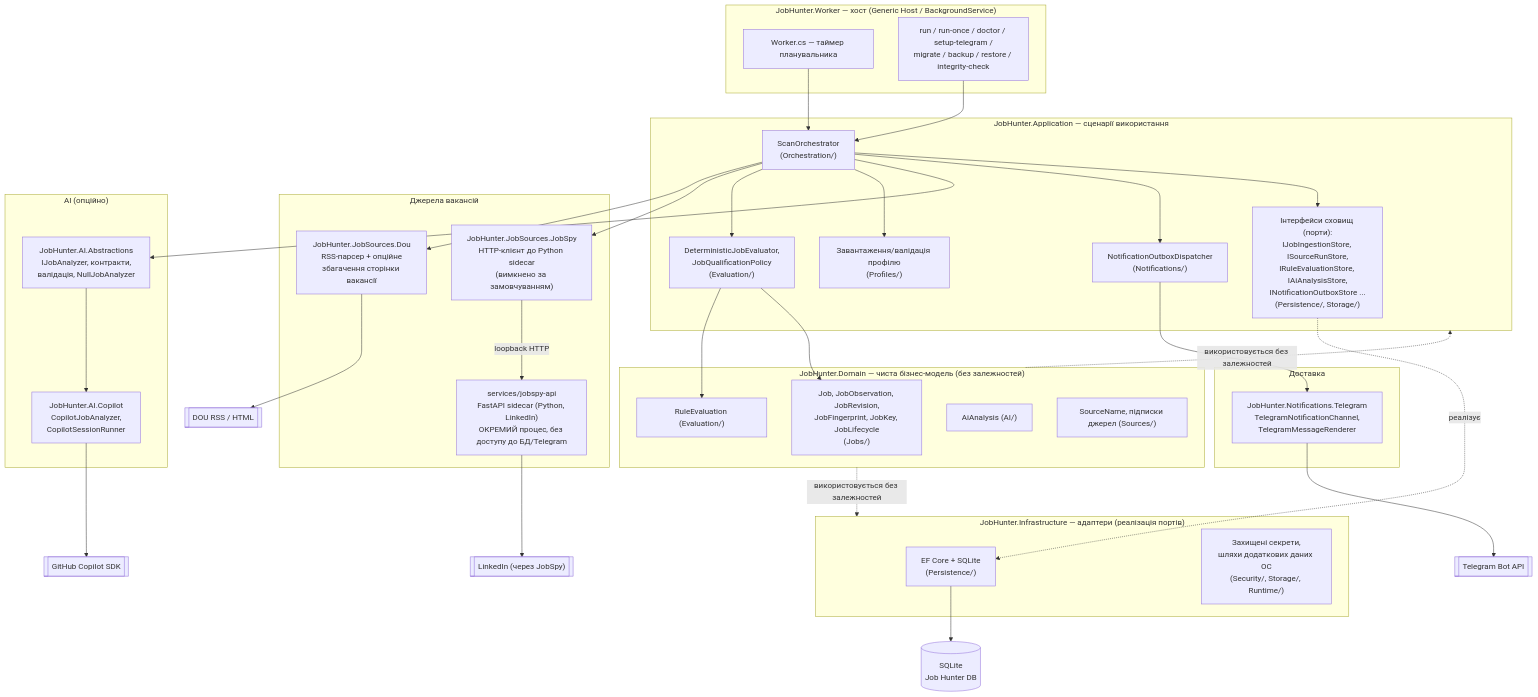
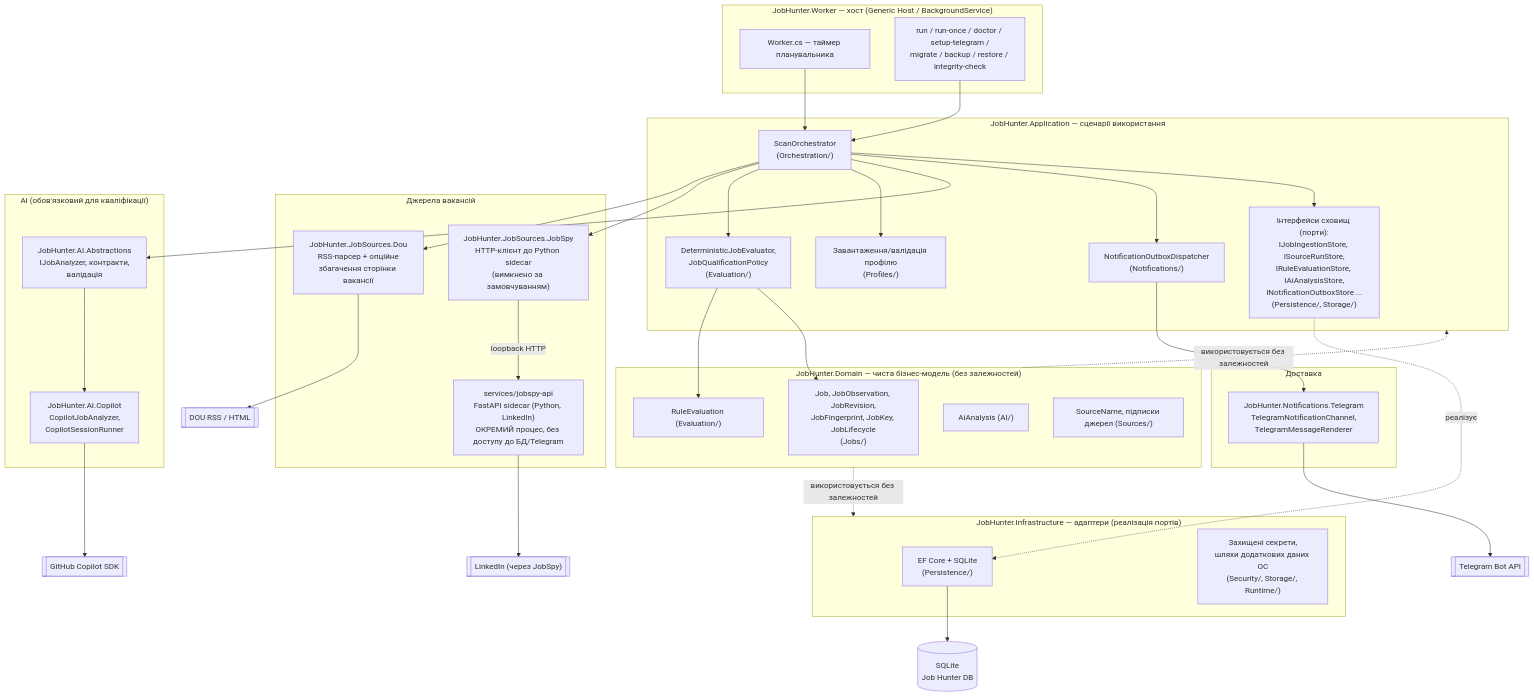
Before and after one commit to FedosiukAndrii/job-hunter: the first of 3 diagrams in docs/ARCHITECTURE.md, drawn with Mermaid. The commit also changed other lines of this file and 53 other files, not shown here.

````diff
--- a/docs/ARCHITECTURE.md
+++ b/docs/ARCHITECTURE.md
@@ -18,76 +19,76 @@
 ```mermaid
 flowchart TB
     subgraph Host["JobHunter.Worker — хост (Generic Host / BackgroundService)"]
         Worker["Worker.cs — таймер планувальника"]
         Commands["run / run-once / doctor / setup-telegram /\nmigrate / backup / restore / integrity-check"]
     end
 
     subgraph App["JobHunter.Application — сценарії використання"]
         Orchestrator["ScanOrchestrator\n(Orchestration/)"]
         Eval["DeterministicJobEvaluator,\nJobQualificationPolicy\n(Evaluation/)"]
         Notif["NotificationOutboxDispatcher\n(Notifications/)"]
         ProfileSvc["Завантаження/валідація профілю\n(Profiles/)"]
         Stores["Інтерфейси сховищ (порти):\nIJobIngestionStore, ISourceRunStore,\nIRuleEvaluationStore, IAiAnalysisStore,\nINotificationOutboxStore ...\n(Persistence/, Storage/)"]
     end
 
     subgraph Domain["JobHunter.Domain — чиста бізнес-модель (без залежностей)"]
         Jobs["Job, JobObservation, JobRevision,\nJobFingerprint, JobKey, JobLifecycle\n(Jobs/)"]
         DomainEval["RuleEvaluation (Evaluation/)"]
         DomainAI["AiAnalysis (AI/)"]
         DomainSrc["SourceName, підписки джерел (Sources/)"]
     end
 
     subgraph Infra["JobHunter.Infrastructure — адаптери (реалізація портів)"]
         EF["EF Core + SQLite\n(Persistence/)"]
         SecretsFs["Захищені секрети,\nшляхи додаткових даних ОС\n(Security/, Storage/, Runtime/)"]
     end
 
     subgraph Sources["Джерела вакансій"]
         Dou["JobHunter.JobSources.Dou\nRSS-парсер + опційне\nзбагачення сторінки вакансії"]
         JobSpy["JobHunter.JobSources.JobSpy\nHTTP-клієнт до Python sidecar\n(вимкнено за замовчуванням)"]
         JobSpyApi["services/jobspy-api\nFastAPI sidecar (Python, LinkedIn)\nОКРЕМИЙ процес, без доступу до БД/Telegram"]
     end
 
-    subgraph AI["AI (опційно)"]
-        AiAbs["JobHunter.AI.Abstractions\nIJobAnalyzer, контракти,\nвалідація, NullJobAnalyzer"]
+    subgraph AI["AI (обов'язковий для кваліфікації)"]
+      AiAbs["JobHunter.AI.Abstractions\nIJobAnalyzer, контракти,\nвалідація"]
         Copilot["JobHunter.AI.Copilot\nCopilotJobAnalyzer,\nCopilotSessionRunner"]
     end
 
     subgraph Notify["Доставка"]
         Telegram["JobHunter.Notifications.Telegram\nTelegramNotificationChannel,\nTelegramMessageRenderer"]
     end
 
     DB[(SQLite\nJob Hunter DB)]
     TgApi[["Telegram Bot API"]]
     CopilotApi[["GitHub Copilot SDK"]]
     DouSite[["DOU RSS / HTML"]]
     LinkedIn[["LinkedIn (через JobSpy)"]]
 
     Worker --> Orchestrator
     Commands --> Orchestrator
 
     Orchestrator --> Dou
     Orchestrator --> JobSpy
     Orchestrator --> Eval
     Orchestrator --> ProfileSvc
     Orchestrator --> AiAbs
     Orchestrator --> Notif
     Orchestrator --> Stores
 
     Dou --> DouSite
     JobSpy -->|"loopback HTTP"| JobSpyApi
     JobSpyApi --> LinkedIn
 
     Eval --> DomainEval
     Eval --> Jobs
     Notif --> Telegram
     AiAbs --> Copilot
     Copilot --> CopilotApi
 
     Stores -.реалізує.-> EF
     EF --> DB
     Telegram --> TgApi
 
     Domain -.використовується без залежностей.-> App
     Domain -.використовується без залежностей.-> Infra
 ```
````
